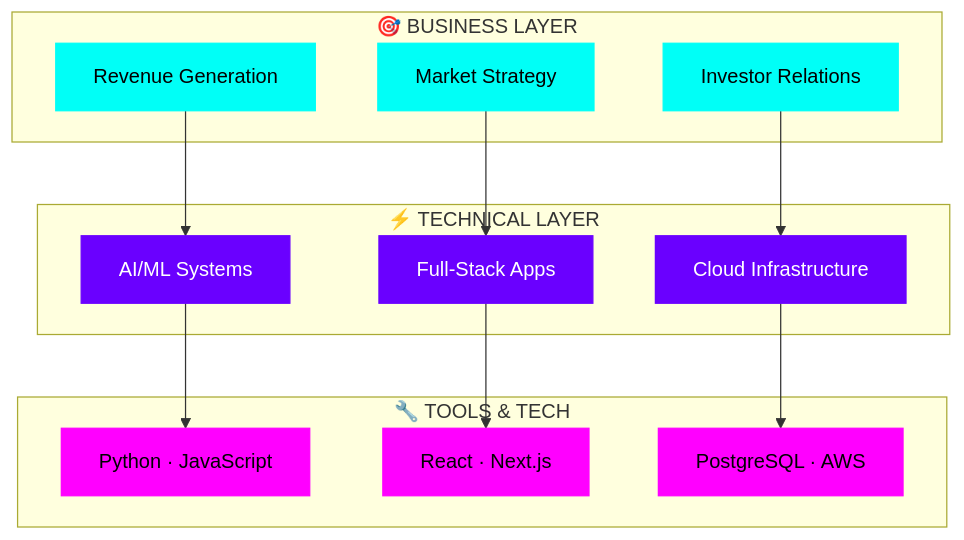
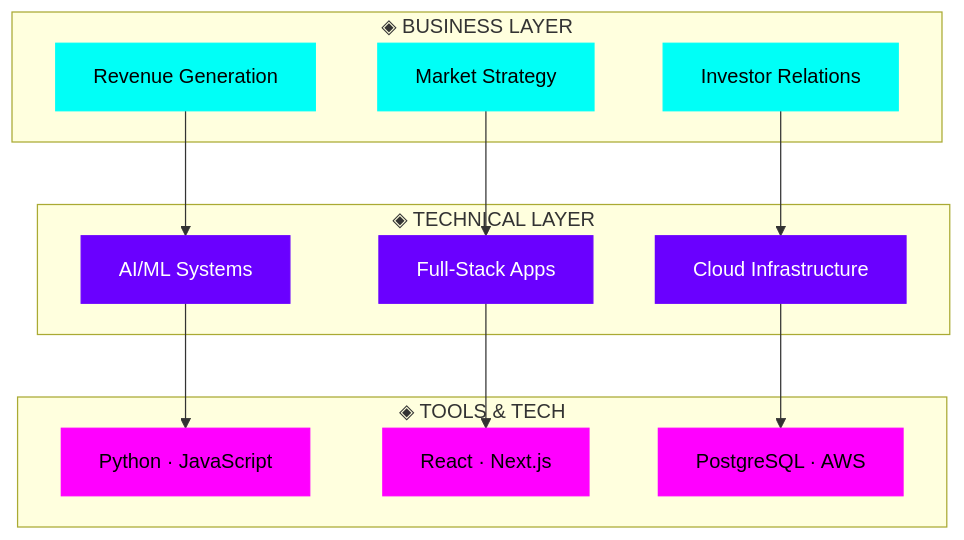
The first of 2 diagrams in README.md (wallaceokeke/wallaceokeke), drawn with Mermaid before and after one commit. The commit also changed other lines of this file, not shown here.

````diff
--- a/README.md
+++ b/README.md
@@ -187,33 +243,33 @@
 ```mermaid
 graph TB
-    subgraph BIZ["🎯 BUSINESS LAYER"]
+    subgraph BIZ["◈ BUSINESS LAYER"]
         B1[Revenue Generation]
         B2[Market Strategy]
         B3[Investor Relations]
     end
-    subgraph TECH["⚡ TECHNICAL LAYER"]
+    subgraph TECH["◈ TECHNICAL LAYER"]
         T1[AI/ML Systems]
         T2[Full-Stack Apps]
         T3[Cloud Infrastructure]
     end
-    subgraph TOOLS["🔧 TOOLS & TECH"]
+    subgraph TOOLS["◈ TOOLS & TECH"]
         TT1[Python · JavaScript]
         TT2[React · Next.js]
         TT3[PostgreSQL · AWS]
     end
     B1 --> T1
     B2 --> T2
     B3 --> T3
     T1 --> TT1
     T2 --> TT2
     T3 --> TT3
     style B1 fill:#00fff7,stroke:#00fff7,color:#000
     style B2 fill:#00fff7,stroke:#00fff7,color:#000
     style B3 fill:#00fff7,stroke:#00fff7,color:#000
     style T1 fill:#6a00ff,stroke:#6a00ff,color:#fff
     style T2 fill:#6a00ff,stroke:#6a00ff,color:#fff
     style T3 fill:#6a00ff,stroke:#6a00ff,color:#fff
     style TT1 fill:#ff00ff,stroke:#ff00ff,color:#000
     style TT2 fill:#ff00ff,stroke:#ff00ff,color:#000
     style TT3 fill:#ff00ff,stroke:#ff00ff,color:#000
 ```
````
